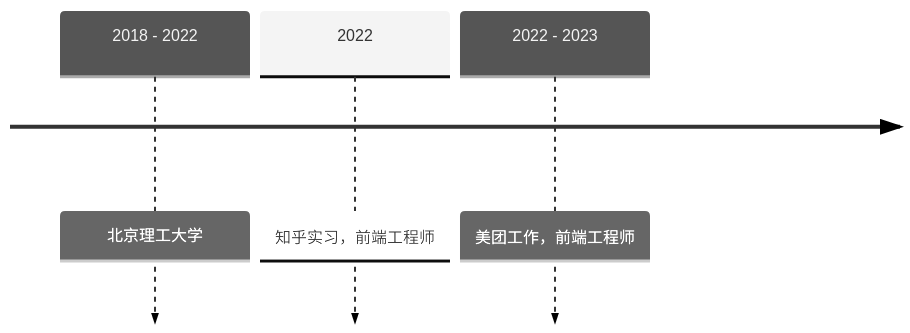
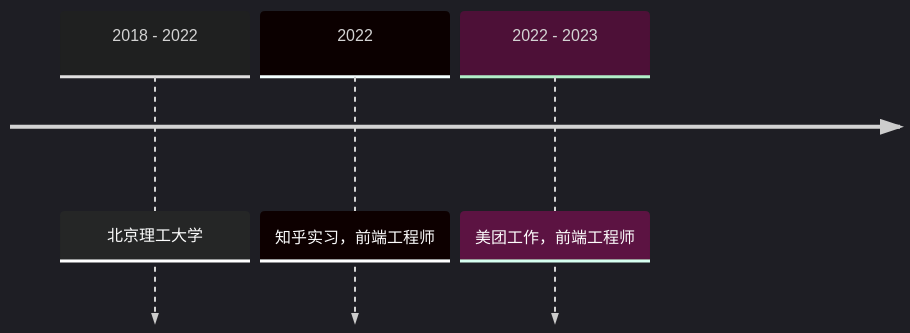
The diagram in src/index.md (lijunlin2022/blog), drawn with Mermaid before and after one commit. The commit also changed other lines of this file and 4 other files, not shown here.

````diff
--- a/src/index.md
+++ b/src/index.md
@@ -7,7 +7,7 @@
 ```mermaid
-%%{init: { 'logLevel': 'debug', 'theme': 'neutral' } }%%
+%%{init: { 'logLevel': 'debug', 'theme': 'dark' } }%%
 timeline
   2018 - 2022 : 北京理工大学
   2022 : 知乎实习，前端工程师
   2022 - 2023 : 美团工作，前端工程师
 ```
````
